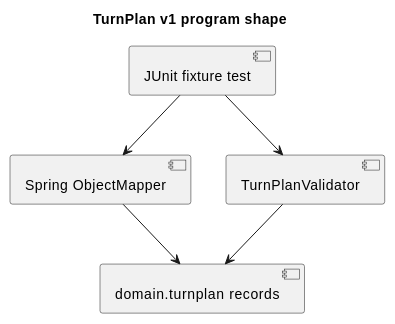
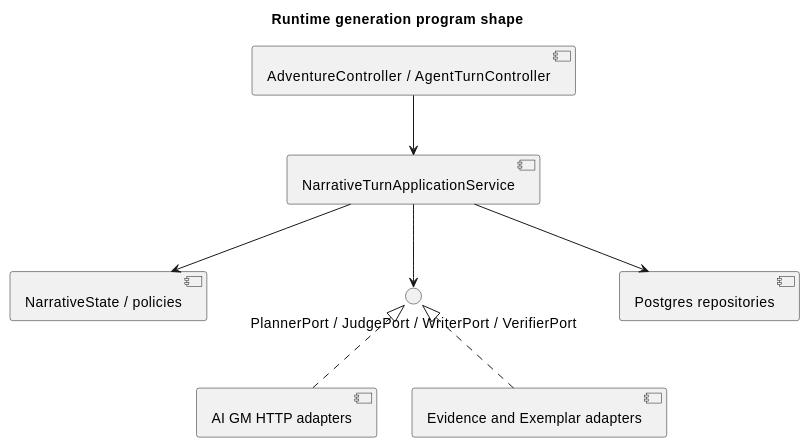
The third of 5 diagrams in docs/specs/architecture-spec.md (omegafrog/dnd-master), drawn with PlantUML before and after one commit. The commit also changed other lines of this file and 6 other files, not shown here.

Commit message:
docs: split runtime narrative plans 206-209

````diff
--- a/docs/specs/architecture-spec.md
+++ b/docs/specs/architecture-spec.md
@@ -173,13 +272,18 @@
 ```plantuml
 @startuml
-title TurnPlan v1 program shape
-component "JUnit fixture test" as test
-component "Spring ObjectMapper" as mapper
-component "domain.turnplan records" as domain
-component "TurnPlanValidator" as validator
-test --> mapper
-mapper --> domain
-test --> validator
-validator --> domain
+title Runtime generation program shape
+component "AdventureController / AgentTurnController" as entry
+component "NarrativeTurnApplicationService" as app
+component "NarrativeState / policies" as domain
+interface "PlannerPort / JudgePort / WriterPort / VerifierPort" as ports
+component "AI GM HTTP adapters" as gm
+component "Evidence and Exemplar adapters" as retrieval
+component "Postgres repositories" as db
+entry --> app
+app --> domain
+app --> ports
+ports <|.. gm
+ports <|.. retrieval
+app --> db
 @enduml
 ```
````
